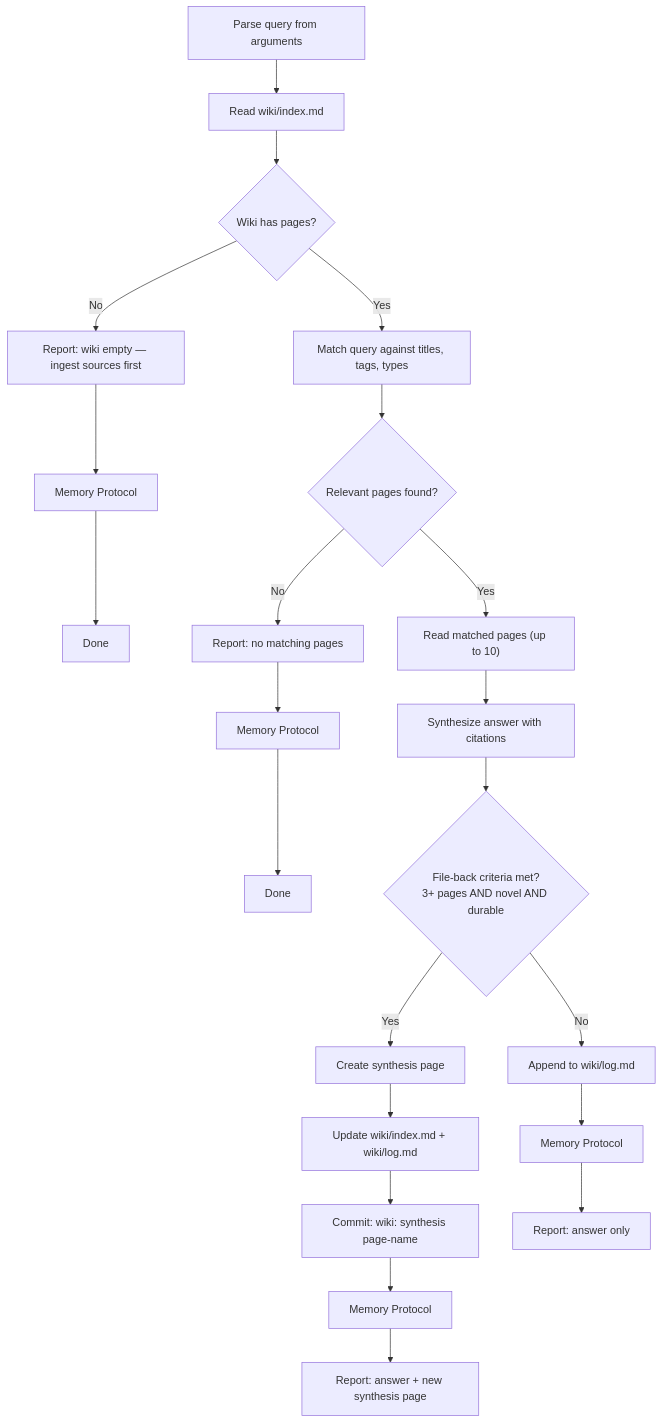
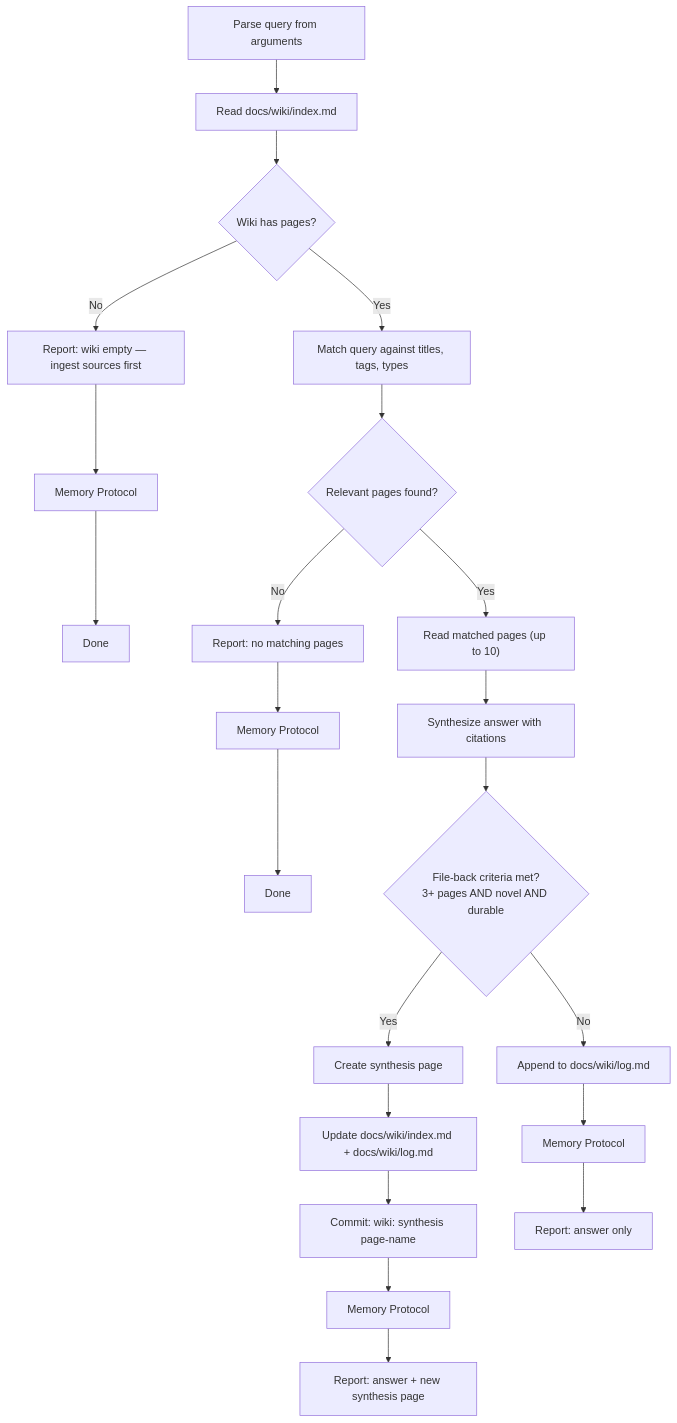
One commit to ryaneggz/open-harness changed the diagram in workspace/.claude/skills/wiki-query/SKILL.md. Above: the diagram before and after it, drawn with Mermaid. The commit also changed other lines of this file and 188 other files, not shown here.

````diff
--- a/workspace/.claude/skills/wiki-query/SKILL.md
+++ b/workspace/.claude/skills/wiki-query/SKILL.md
@@ -20,30 +20,30 @@
 ```mermaid
 flowchart TD
-    A[Parse query from arguments] --> B[Read wiki/index.md]
+    A[Parse query from arguments] --> B[Read docs/wiki/index.md]
     B --> C{Wiki has pages?}
 
     C -->|No| EMPTY["Report: wiki empty — ingest sources first"]
     EMPTY --> MEM_EMPTY[Memory Protocol]
     MEM_EMPTY --> Z_EMPTY[Done]
 
     C -->|Yes| D[Match query against titles, tags, types]
     D --> E{Relevant pages found?}
 
     E -->|No| MISS["Report: no matching pages"]
     MISS --> MEM_MISS[Memory Protocol]
     MEM_MISS --> Z_MISS[Done]
 
     E -->|Yes| F["Read matched pages (up to 10)"]
     F --> G[Synthesize answer with citations]
     G --> H{File-back criteria met?<br>3+ pages AND novel AND durable}
 
     H -->|Yes| I[Create synthesis page]
-    I --> J[Update wiki/index.md + wiki/log.md]
+    I --> J[Update docs/wiki/index.md + docs/wiki/log.md]
     J --> K["Commit: wiki: synthesis page-name"]
     K --> MEM_OP[Memory Protocol]
     MEM_OP --> Z_OP["Report: answer + new synthesis page"]
 
-    H -->|No| L[Append to wiki/log.md]
+    H -->|No| L[Append to docs/wiki/log.md]
     L --> MEM_NOFILE[Memory Protocol]
     MEM_NOFILE --> Z_NOFILE["Report: answer only"]
 ```
````
